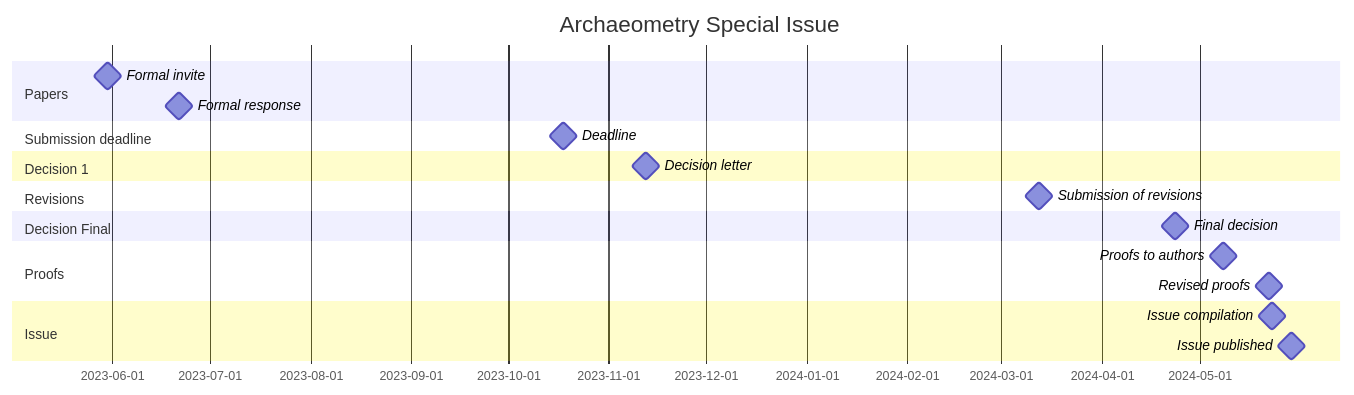
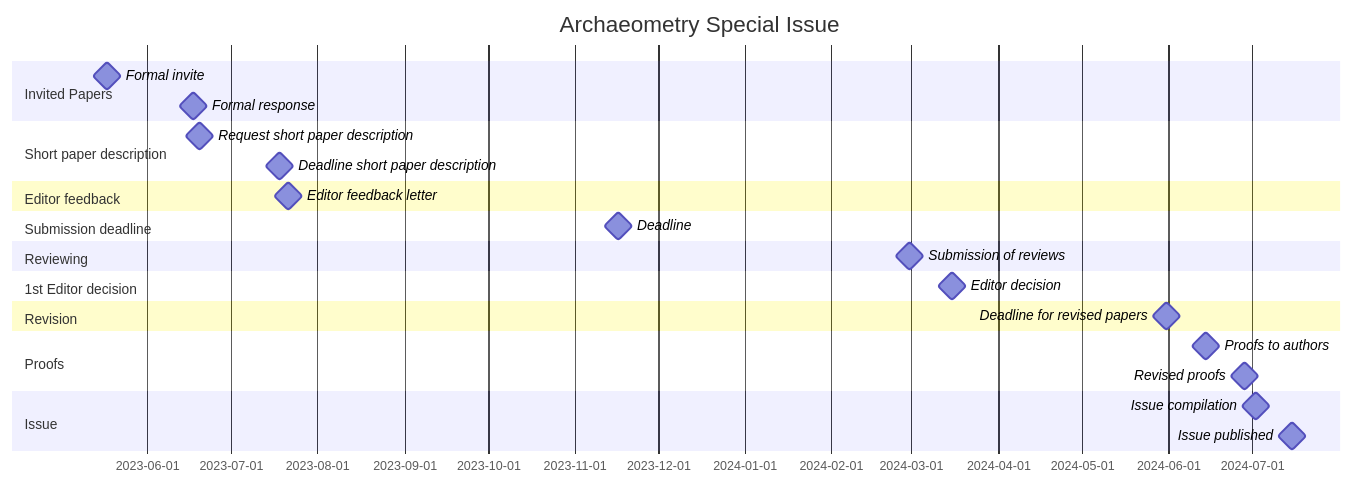
One commit to historical-time/archaeometry-si changed the diagram in README.md. Above: the diagram before and after it, drawn with Mermaid.

````diff
--- a/README.md
+++ b/README.md
@@ -8,23 +8,28 @@
 ```mermaid
 gantt
     title Archaeometry Special Issue
     dateFormat  YYYY-MM-DD
-    section Papers
-    Formal invite              : milestone, m0, 2023-05-30, 1d
-    Formal response            : milestone, m0, 2023-06-21, 1d
+    section Invited Papers
+    Formal invite                    : milestone, m0, 2023-05-17, 1d
+    Formal response                  : milestone, m0, 2023-06-17, 1d
+    section Short paper description
+    Request short paper description  : milestone, m0, 2023-06-19, 1d
+    Deadline short paper description : milestone, m0, 2023-07-18, 1d
+    section Editor feedback
+    Editor feedback letter           : milestone, m1, 2023-07-21, 1d
     section Submission deadline
-    Deadline            : milestone, m1, 2023-10-18, 1d %% Soft deadline
-    %% Hard deadline            : milestone, m1, 2023-11-08, 1d %% Hard deadline
-    section Decision 1
-    Decision letter          : milestone, m1, 2023-11-12, 1d
-    section Revisions
-    Submission of revisions	 : milestone, m1, 2024-03-12, 1d
-    section Decision Final
-    Final decision           : milestone, m2, 2024-04-23, 1d
+    Deadline                         : milestone, m1, 2023-11-17, 1d %% Soft deadline
+    %% Hard deadline                 : milestone, m1, 2023-11-30, 1d %% Hard deadline
+    section Reviewing
+    Submission of reviews	         : milestone, m1, 2024-02-29, 1d
+    section 1st Editor decision
+    Editor decision                  : milestone, m2, 2024-03-15, 1d
+    section Revision
+    Deadline for revised papers      : milestone, m2, 2024-05-31, 1d
     section Proofs
-    Proofs to authors        : milestone, m2, 2024-05-08, 1d
-    Revised proofs           : milestone, m2, 2024-05-22, 1d
+    Proofs to authors                : milestone, m2, 2024-06-14, 1d
+    Revised proofs                   : milestone, m2, 2024-06-28, 1d
     section Issue
-    Issue compilation        : milestone, m2, 2024-05-23, 1d
-    Issue published          : milestone, m2, 2024-05-29, 1d
+    Issue compilation                : milestone, m2, 2024-07-02, 1d
+    Issue published                  : milestone, m2, 2024-07-15, 1d
 ```
````
